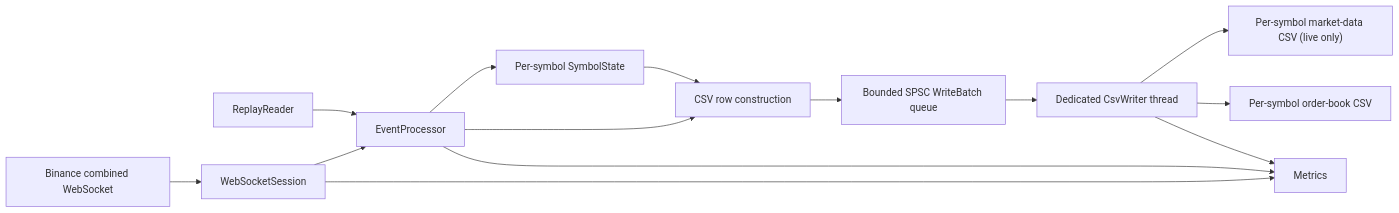
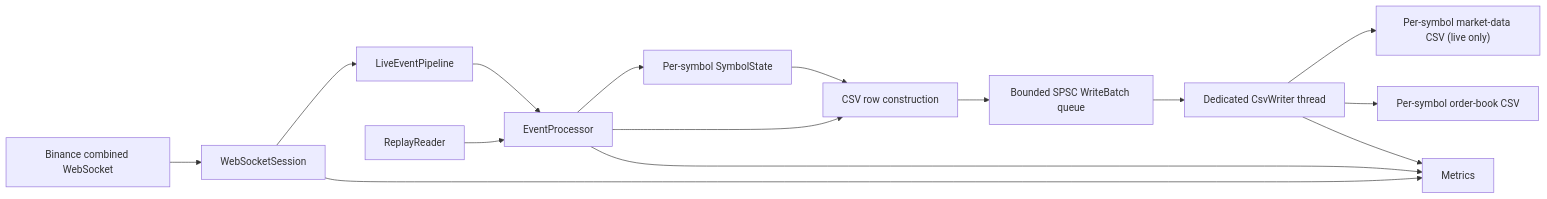
One commit to devlearn12482/ir_assignment changed the first of 2 diagrams in DESIGN.md. Above: the diagram before and after it, drawn with Mermaid. The commit also changed other lines of this file and 11 other files, not shown here.

Commit message:
Add synchronous live event pipeline (#18)

````diff
--- a/DESIGN.md
+++ b/DESIGN.md
@@ -151,16 +151,17 @@
 ```mermaid
 flowchart LR
     Binance["Binance combined WebSocket"] --> Session["WebSocketSession"]
-    Session --> Processor["EventProcessor"]
+    Session --> LivePipeline["LiveEventPipeline"]
+    LivePipeline --> Processor["EventProcessor"]
     Replay["ReplayReader"] --> Processor
     Processor --> Books["Per-symbol SymbolState"]
     Processor --> Rows["CSV row construction"]
     Books --> Rows
     Rows --> Queue["Bounded SPSC WriteBatch queue"]
     Queue --> Writer["Dedicated CsvWriter thread"]
     Writer --> Audit["Per-symbol market-data CSV (live only)"]
     Writer --> Snapshot["Per-symbol order-book CSV"]
     Session --> Metrics["Metrics"]
     Processor --> Metrics
     Writer --> Metrics
 ```
````
